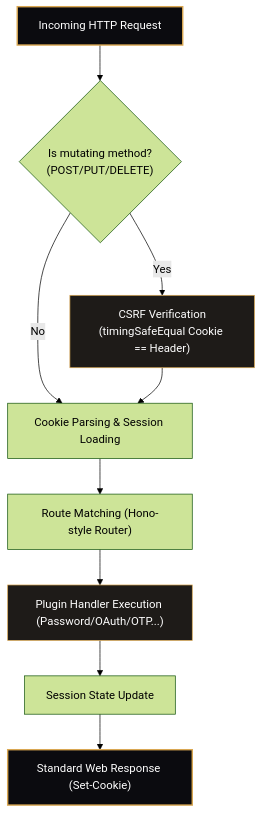
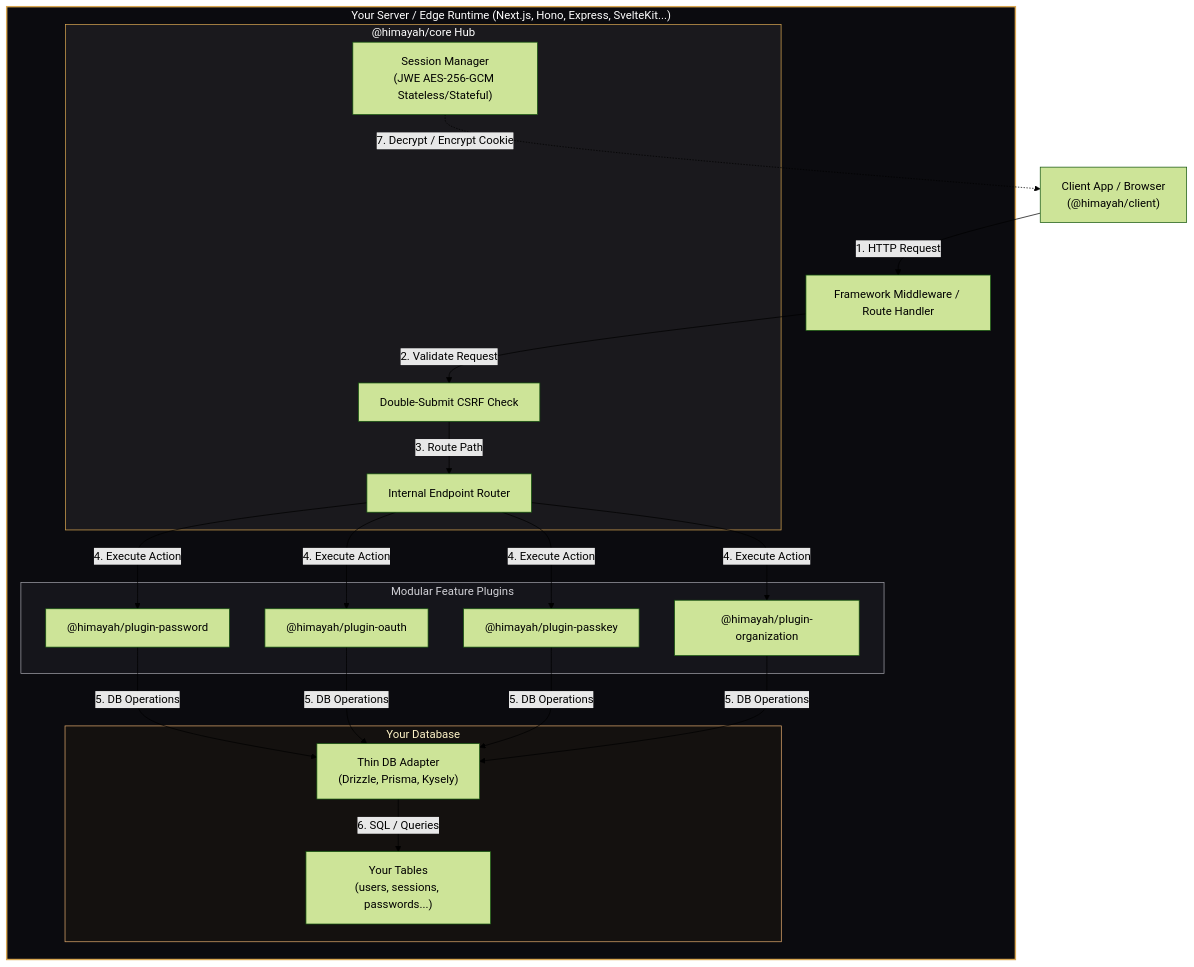
Before and after one commit to spellsaif/himayah: the diagram in README.md, drawn with Mermaid (forest theme). The commit also changed other lines of this file and 11 other files, not shown here.

Commit message:
docs: simplify architecture, fix mermaid rendering, and update project links

````diff
--- a/README.md
+++ b/README.md
@@ -149,16 +78,44 @@
 ```mermaid
 graph TD
-    A["Incoming HTTP Request"] --> B{"Is mutating method?<br>(POST/PUT/DELETE)"}
-    B -- Yes --> C["CSRF Verification<br>(timingSafeEqual Cookie == Header)"]
-    B -- No --> D["Cookie Parsing & Session Loading"]
-    C --> D
-    D --> E["Route Matching (Hono-style Router)"]
-    E --> F["Plugin Handler Execution (Password/OAuth/OTP...)"]
-    F --> G["Session State Update"]
-    G --> H["Standard Web Response (Set-Cookie)"]
+    Client["Client App / Browser<br>(@himayah/client)"]
     
-    style A fill:#0B0B0F,stroke:#d9a752,stroke-width:2px,color:#fff
-    style C fill:#1e1b18,stroke:#d9a752,stroke-width:1px,color:#fff
-    style F fill:#1e1b18,stroke:#d9a752,stroke-width:1px,color:#fff
-    style H fill:#0B0B0F,stroke:#d9a752,stroke-width:2px,color:#fff
+    subgraph Server ["Your Server / Edge Runtime (Next.js, Hono, Express, SvelteKit...)"]
+        Middleware["Framework Middleware / Route Handler"]
+        
+        subgraph HimayahCore ["@himayah/core Hub"]
+            CSRF["Double-Submit CSRF Check"]
+            Router["Internal Endpoint Router"]
+            SessionStore["Session Manager<br>(JWE AES-256-GCM Stateless/Stateful)"]
+        end
+        
+        subgraph Plugins ["Modular Feature Plugins"]
+            Password["@himayah/plugin-password"]
+            OAuth["@himayah/plugin-oauth"]
+            Passkey["@himayah/plugin-passkey"]
+            Org["@himayah/plugin-organization"]
+        end
+        
+        subgraph DB ["Your Database"]
+            Adapter["Thin DB Adapter<br>(Drizzle, Prisma, Kysely)"]
+            Tables["Your Tables<br>(users, sessions, passwords...)"]
+        end
+    end
+
+    Client -->|1. HTTP Request| Middleware
+    Middleware -->|2. Validate Request| CSRF
+    CSRF -->|3. Route Path| Router
+    Router -->|4. Execute Action| Password
+    Router -->|4. Execute Action| OAuth
+    Router -->|4. Execute Action| Passkey
+    Router -->|4. Execute Action| Org
+    
+    Password & OAuth & Passkey & Org -->|5. DB Operations| Adapter
+    Adapter -->|6. SQL / Queries| Tables
+    
+    SessionStore -.->|7. Decrypt / Encrypt Cookie| Client
+
+    style Server fill:#0B0B0F,stroke:#d9a752,stroke-width:2px,color:#fff
+    style HimayahCore fill:#1a191d,stroke:#d9a752,stroke-width:1px,color:#fff
+    style Plugins fill:#15151b,stroke:#a1a1aa,stroke-width:1px,color:#d1d1d6
+    style DB fill:#14110f,stroke:#e0a96d,stroke-width:1px,color:#fef3c7
 ```
````
